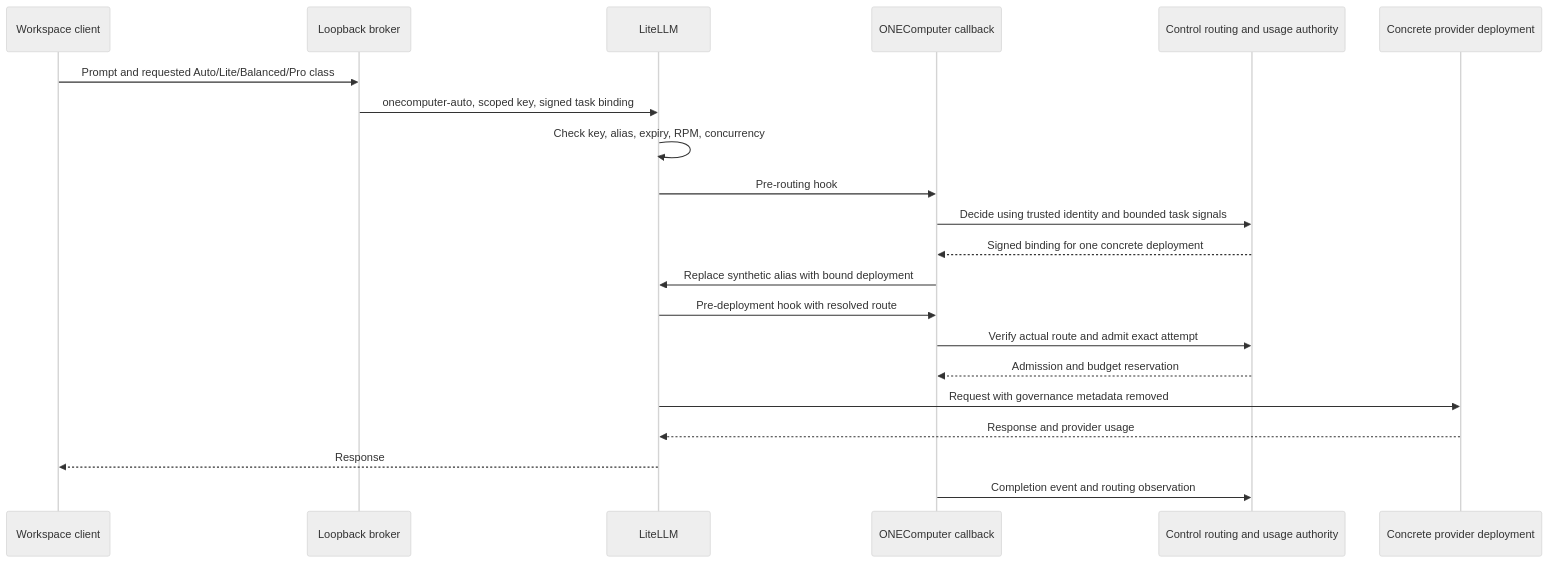
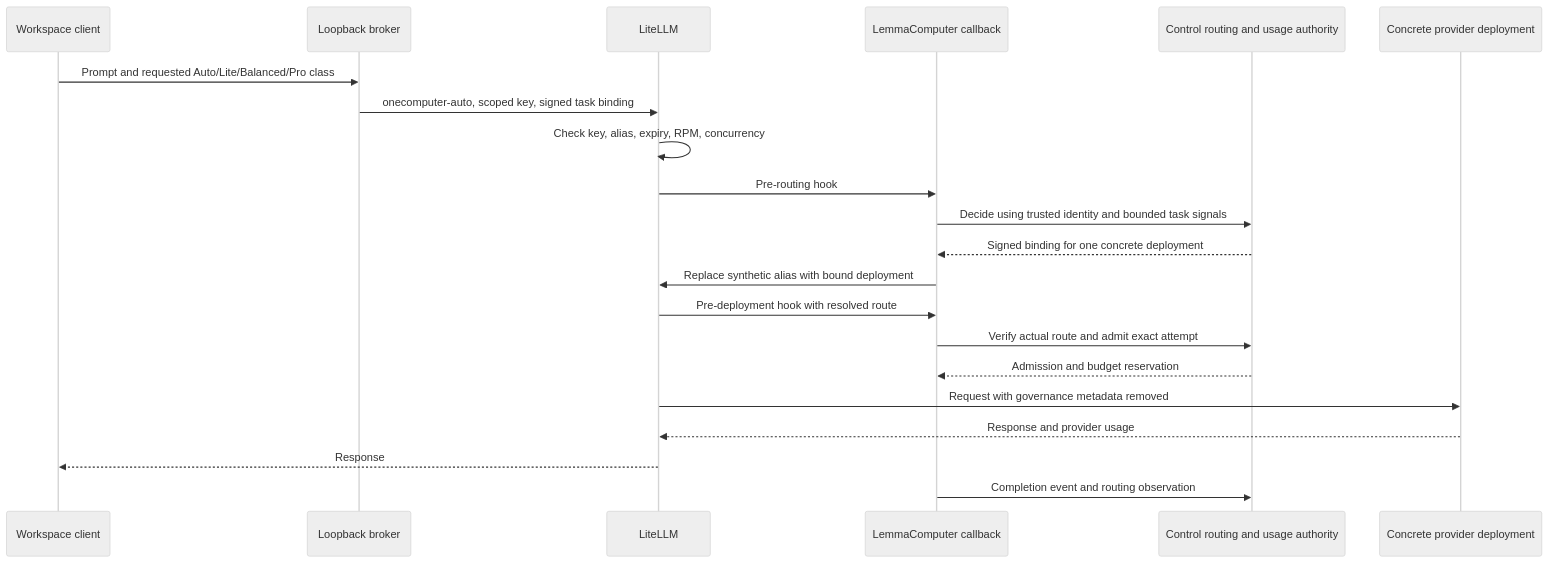
Before and after one commit to ONE-Computer/LemmaComputer: the second of 2 diagrams in docs/litellm-gateway-architecture.md, drawn with Mermaid (neutral theme). The commit also changed other lines of this file and 86 other files, not shown here.

Commit message:
Rebrand product as LemmaComputer

````diff
--- a/docs/litellm-gateway-architecture.md
+++ b/docs/litellm-gateway-architecture.md
@@ -150,24 +150,24 @@
 ```mermaid
 sequenceDiagram
   participant Client as Workspace client
   participant Broker as Loopback broker
   participant Gateway as LiteLLM
-  participant Callback as ONEComputer callback
+  participant Callback as LemmaComputer callback
   participant Control as Control routing and usage authority
   participant Provider as Concrete provider deployment
 
   Client->>Broker: Prompt and requested Auto/Lite/Balanced/Pro class
   Broker->>Gateway: onecomputer-auto, scoped key, signed task binding
   Gateway->>Gateway: Check key, alias, expiry, RPM, concurrency
   Gateway->>Callback: Pre-routing hook
   Callback->>Control: Decide using trusted identity and bounded task signals
   Control-->>Callback: Signed binding for one concrete deployment
   Callback->>Gateway: Replace synthetic alias with bound deployment
   Gateway->>Callback: Pre-deployment hook with resolved route
   Callback->>Control: Verify actual route and admit exact attempt
   Control-->>Callback: Admission and budget reservation
   Gateway->>Provider: Request with governance metadata removed
   Provider-->>Gateway: Response and provider usage
   Gateway-->>Client: Response
   Callback->>Control: Completion event and routing observation
 ```
````
